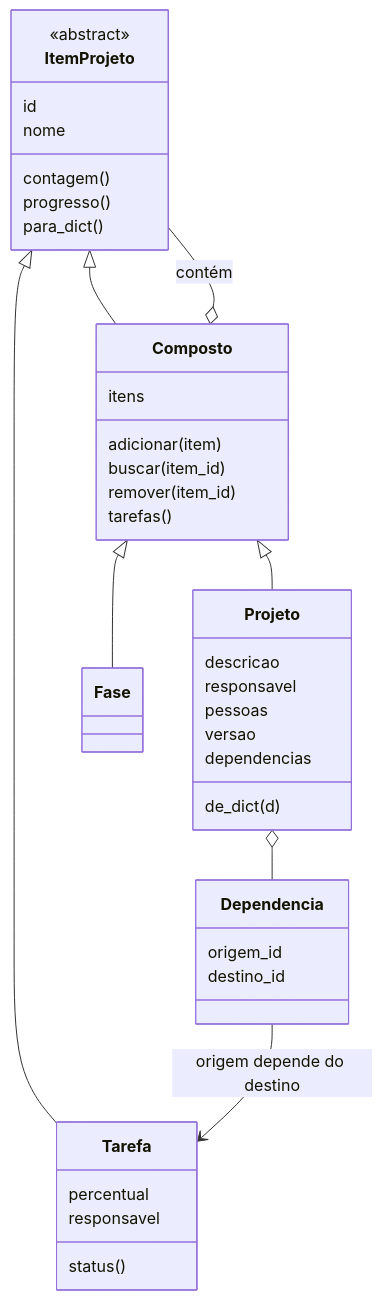
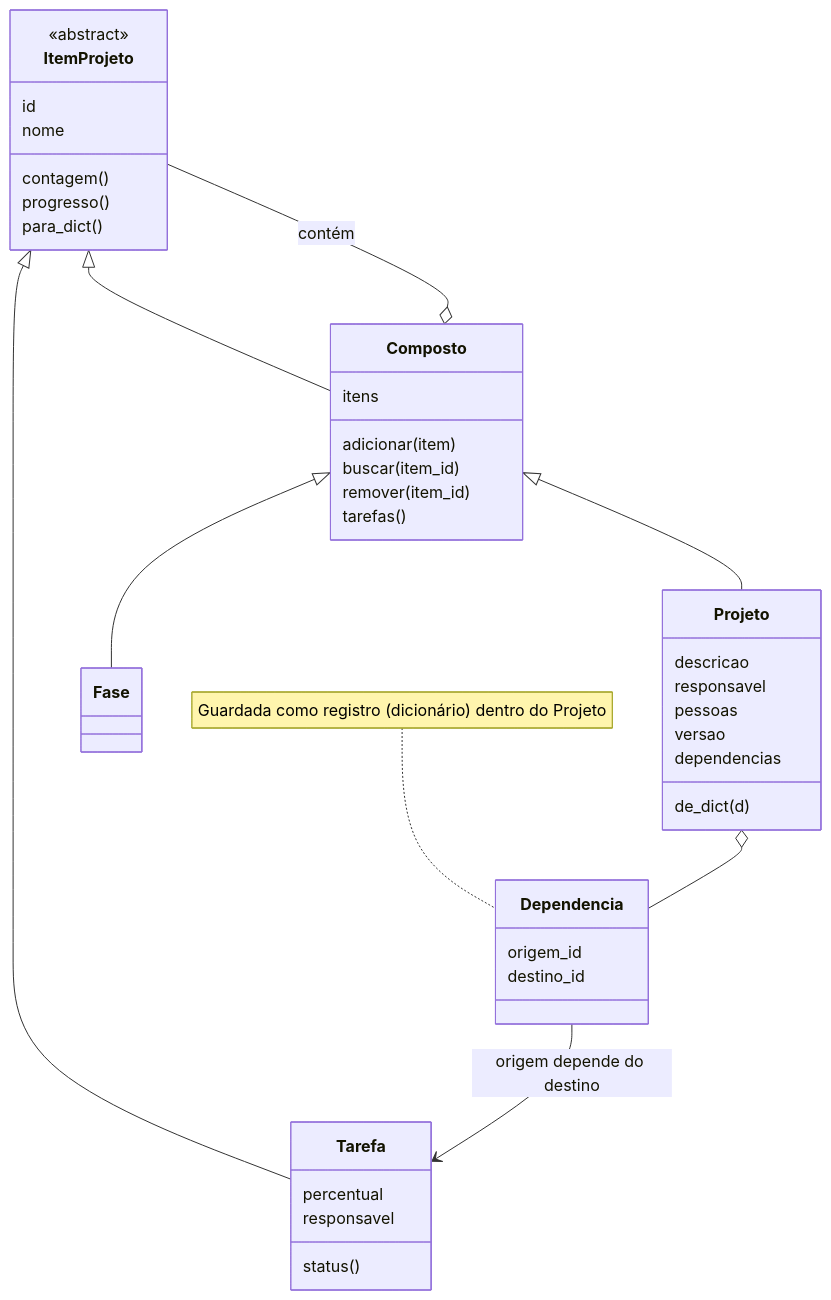
One commit to vinicius-rodrigues-cordeiro/sistema-organizador-de-projetos changed the second of 3 diagrams in DOCUMENTACAO.md. Above: the diagram before and after it, drawn with Mermaid. The commit also changed other lines of this file, not shown here.

Commit message:
Documenta a aplicacao dos padroes de projeto

````diff
--- a/DOCUMENTACAO.md
+++ b/DOCUMENTACAO.md
@@ -172,43 +182,44 @@
 ```mermaid
 classDiagram
     class ItemProjeto {
         <<abstract>>
         id
         nome
         contagem()
         progresso()
         para_dict()
     }
     class Tarefa {
         percentual
         responsavel
         status()
     }
     class Composto {
         itens
         adicionar(item)
         buscar(item_id)
         remover(item_id)
         tarefas()
     }
     class Fase
     class Projeto {
         descricao
         responsavel
         pessoas
         versao
         dependencias
         de_dict(d)
     }
     class Dependencia {
         origem_id
         destino_id
     }
     ItemProjeto <|-- Tarefa
     ItemProjeto <|-- Composto
     Composto <|-- Fase
     Composto <|-- Projeto
     Composto o-- ItemProjeto : contém
     Projeto o-- Dependencia
     Dependencia --> Tarefa : origem depende do destino
+    note for Dependencia "Guardada como registro (dicionário) dentro do Projeto"
 ```
````
